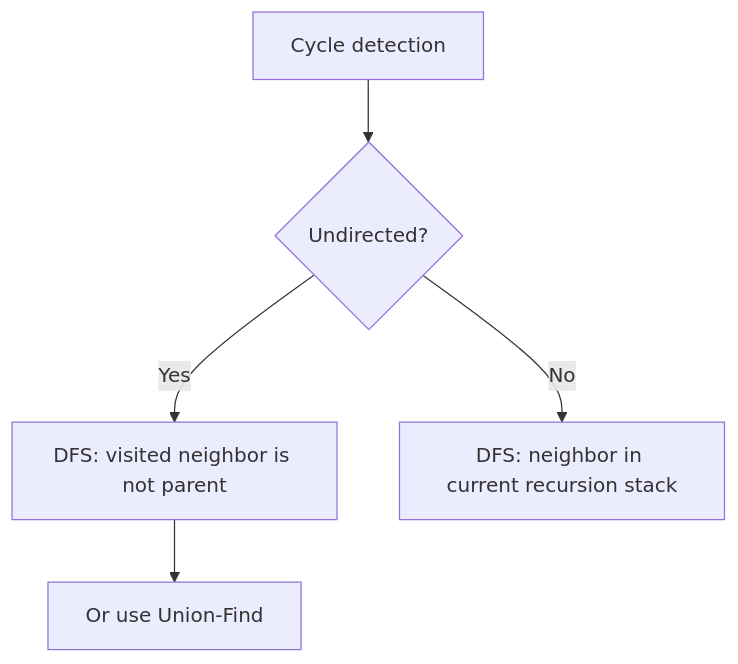
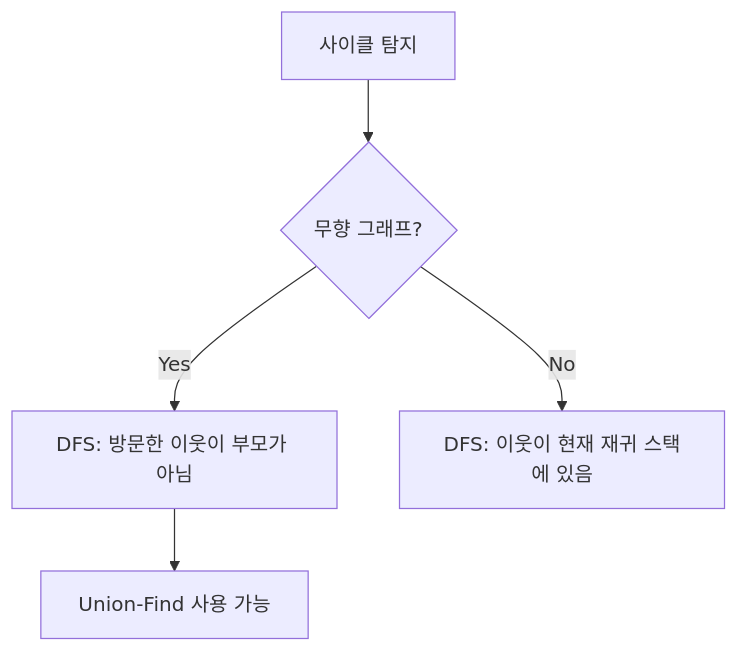
The second of 2 diagrams in _posts/algorithm/2026-03-07-graph.md (mandoobox/mandoobox.github.io), drawn with Mermaid before and after one commit. The commit also changed other lines of this file and 24 other files, not shown here.

Commit message:
feat: mermaid kr

````diff
--- a/_posts/algorithm/2026-03-07-graph.md
+++ b/_posts/algorithm/2026-03-07-graph.md
@@ -440,7 +440,7 @@
 ```mermaid
 flowchart TD
-    A["Cycle detection"] --> B{"Undirected?"}
-    B -->|Yes| C["DFS: visited neighbor is not parent"]
-    B -->|No| D["DFS: neighbor in current recursion stack"]
-    C --> E["Or use Union-Find"]
+    A["사이클 탐지"] --> B{"무향 그래프?"}
+    B -->|Yes| C["DFS: 방문한 이웃이 부모가 아님"]
+    B -->|No| D["DFS: 이웃이 현재 재귀 스택에 있음"]
+    C --> E["Union-Find 사용 가능"]
 ```
````
